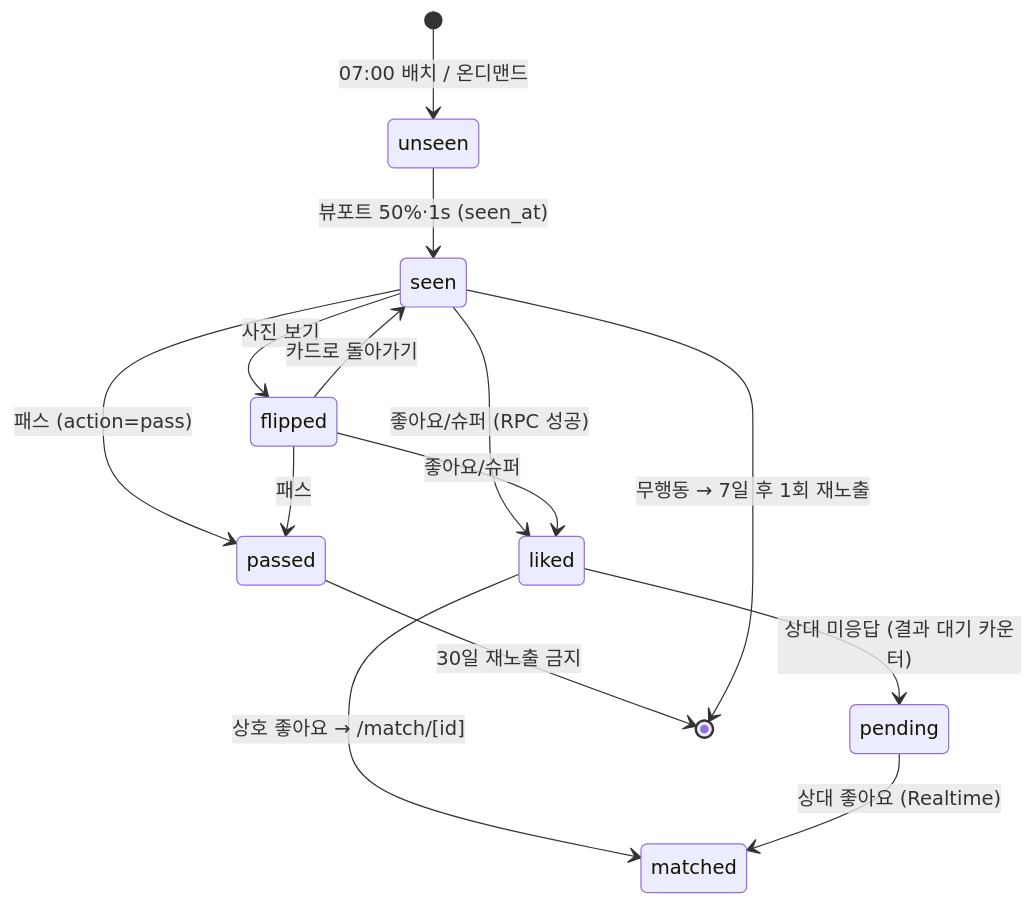
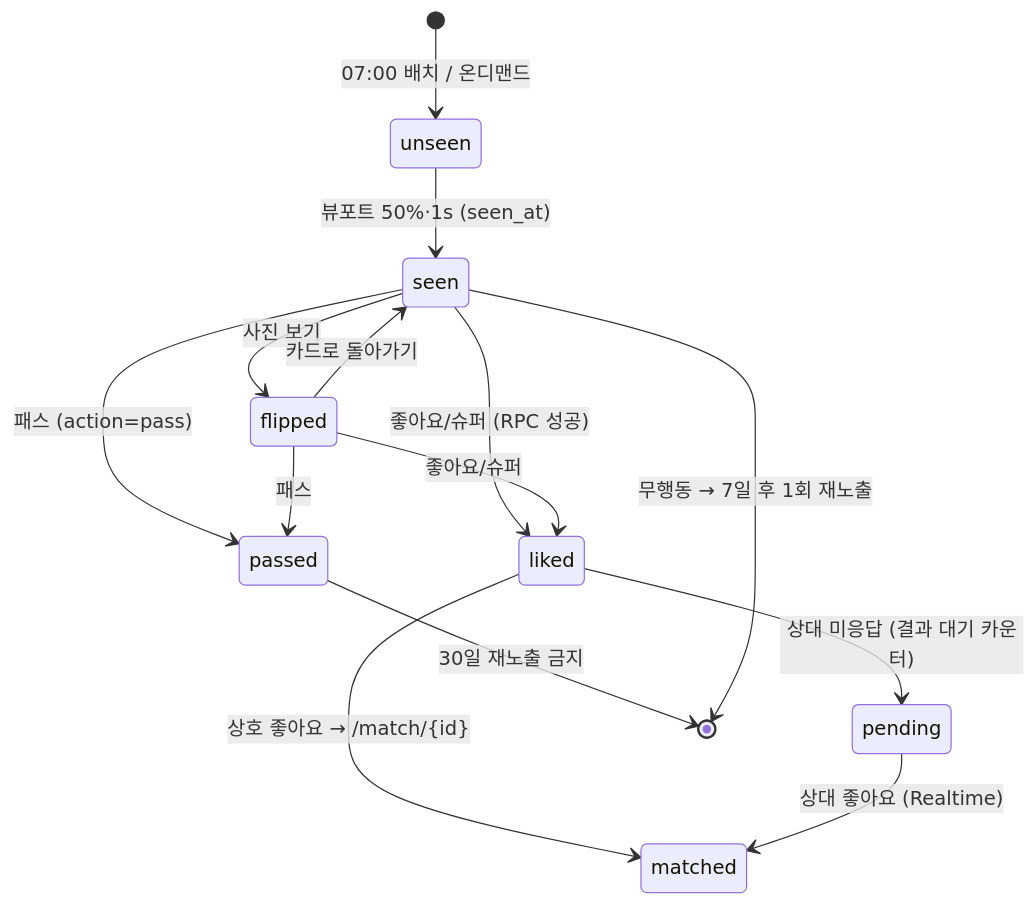
Before and after one commit to dydrms6388-sudo/project-hub: the first of 2 diagrams in duckmate/docs/agents/12_flows.md, drawn with Mermaid. The commit also changed other lines of this file, not shown here.

````diff
--- a/duckmate/docs/agents/12_flows.md
+++ b/duckmate/docs/agents/12_flows.md
@@ -393,16 +370,16 @@
 ```mermaid
 stateDiagram-v2
   [*] --> unseen: 07:00 배치 / 온디맨드
   unseen --> seen: 뷰포트 50%·1s (seen_at)
   seen --> flipped: 사진 보기
   flipped --> seen: 카드로 돌아가기
   seen --> passed: 패스 (action=pass)
   flipped --> passed: 패스
   seen --> liked: 좋아요/슈퍼 (RPC 성공)
   flipped --> liked: 좋아요/슈퍼
-  liked --> matched: 상호 좋아요 → /match/[id]
+  liked --> matched: 상호 좋아요 → /match/{id}
   liked --> pending: 상대 미응답 (결과 대기 카운터)
   passed --> [*]: 30일 재노출 금지
   seen --> [*]: 무행동 → 7일 후 1회 재노출
   pending --> matched: 상대 좋아요 (Realtime)
 ```
````
